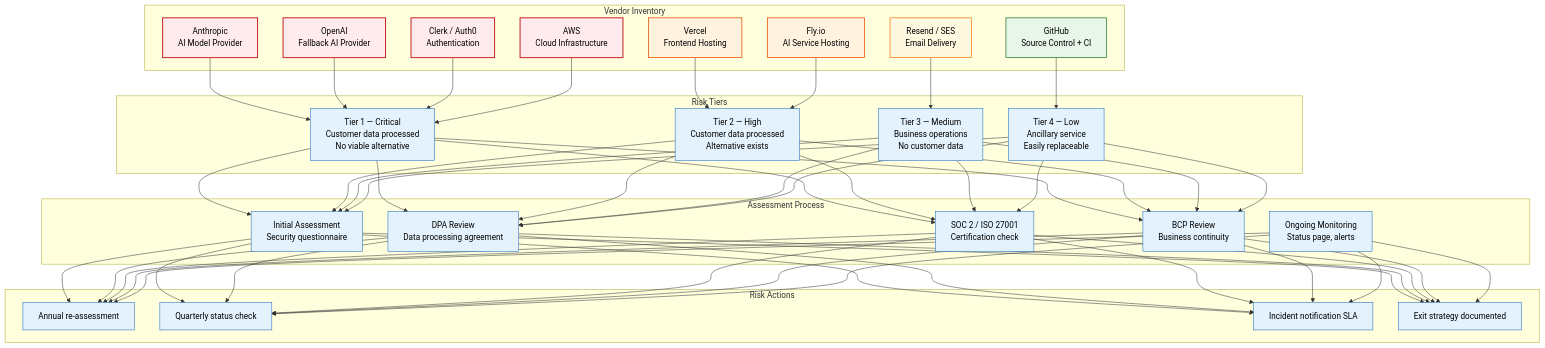
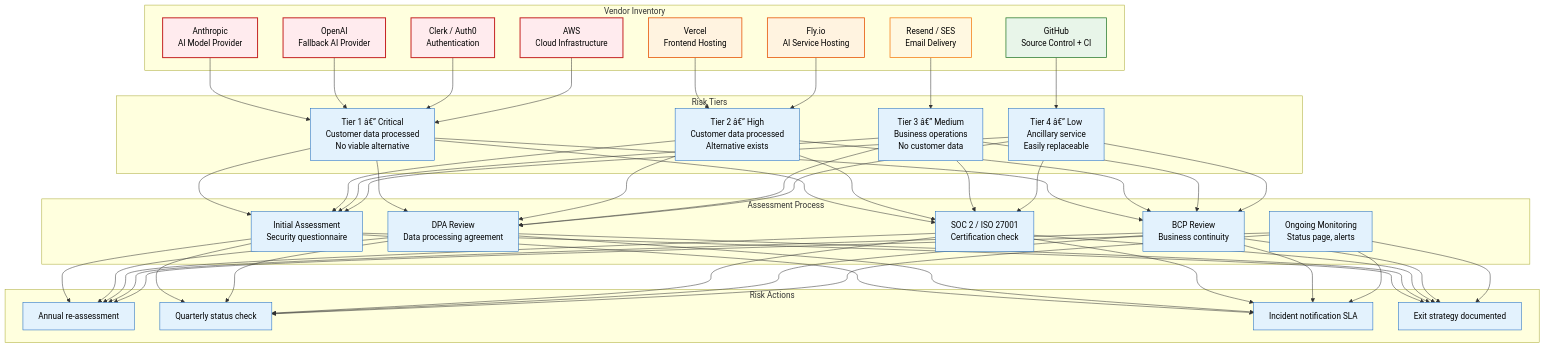
The first of 2 diagrams in Docs/Operations/Vendor-Risk-Assessment.md (Driftloom/Vaeloom), drawn with Mermaid before and after one commit. The commit also changed other lines of this file and 249 other files, not shown here.

````diff
--- a/Docs/Operations/Vendor-Risk-Assessment.md
+++ b/Docs/Operations/Vendor-Risk-Assessment.md
@@ -16,57 +16,57 @@
 ```mermaid
 graph TD
     classDef critical fill:#ffebee,stroke:#c62828,color:#000,stroke-width:2px
     classDef high fill:#fff3e0,stroke:#e65100,color:#000,stroke-width:1.5px
     classDef medium fill:#fff8e1,stroke:#f57f17,color:#000,stroke-width:1.5px
     classDef low fill:#e8f5e9,stroke:#2e7d32,color:#000,stroke-width:1.5px
     classDef action fill:#e3f2fd,stroke:#1565c0,color:#000,stroke-width:1px
 
     subgraph Vendors["Vendor Inventory"]
         V1["Anthropic<br/>AI Model Provider"]
         V2["OpenAI<br/>Fallback AI Provider"]
         V3["Clerk / Auth0<br/>Authentication"]
         V4["Vercel<br/>Frontend Hosting"]
         V5["Fly.io<br/>AI Service Hosting"]
         V6["AWS<br/>Cloud Infrastructure"]
         V7["Resend / SES<br/>Email Delivery"]
         V8["GitHub<br/>Source Control + CI"]
     end
 
     subgraph Tiers["Risk Tiers"]
-        T1["Tier 1 — Critical<br/>Customer data processed<br/>No viable alternative"]
-        T2["Tier 2 — High<br/>Customer data processed<br/>Alternative exists"]
-        T3["Tier 3 — Medium<br/>Business operations<br/>No customer data"]
-        T4["Tier 4 — Low<br/>Ancillary service<br/>Easily replaceable"]
+        T1["Tier 1 â€” Critical<br/>Customer data processed<br/>No viable alternative"]
+        T2["Tier 2 â€” High<br/>Customer data processed<br/>Alternative exists"]
+        T3["Tier 3 â€” Medium<br/>Business operations<br/>No customer data"]
+        T4["Tier 4 â€” Low<br/>Ancillary service<br/>Easily replaceable"]
     end
 
     subgraph Assessment["Assessment Process"]
         A1["Initial Assessment<br/>Security questionnaire"]
         A2["DPA Review<br/>Data processing agreement"]
         A3["SOC 2 / ISO 27001<br/>Certification check"]
         A4["BCP Review<br/>Business continuity"]
         A5["Ongoing Monitoring<br/>Status page, alerts"]
     end
 
     subgraph Actions["Risk Actions"]
         ACT1["Annual re-assessment"]
         ACT2["Quarterly status check"]
         ACT3["Incident notification SLA"]
         ACT4["Exit strategy documented"]
     end
 
     V1 & V2 & V3 & V6 --> T1
     V4 & V5 --> T2
     V7 --> T3
     V8 --> T4
 
     T1 & T2 & T3 & T4 --> A1 & A2 & A3 & A4
     A1 & A2 & A3 & A4 & A5 --> ACT1 & ACT2 & ACT3 & ACT4
 
     class V1,V2,V3,V6 critical
     class V4,V5 high
     class V7 medium
     class V8 low
     class T1,T2,T3,T4 action
     class A1,A2,A3,A4,A5 action
     class ACT1,ACT2,ACT3,ACT4 action
 ```
````
